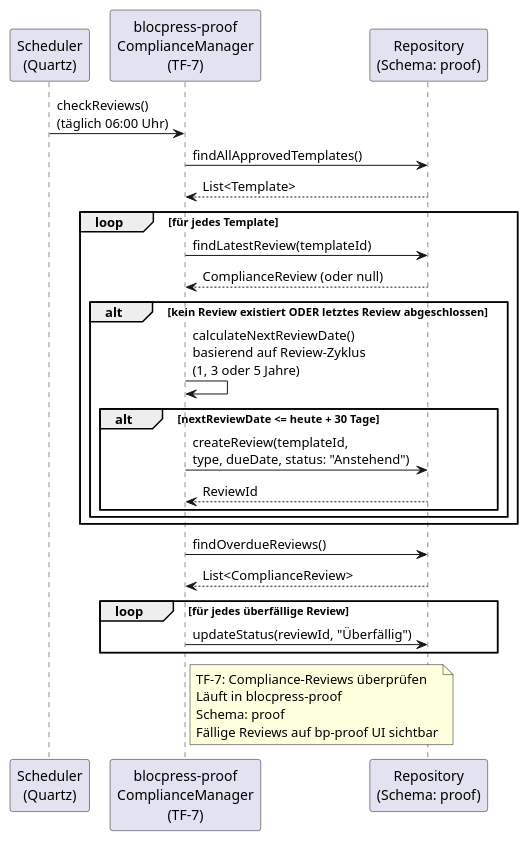
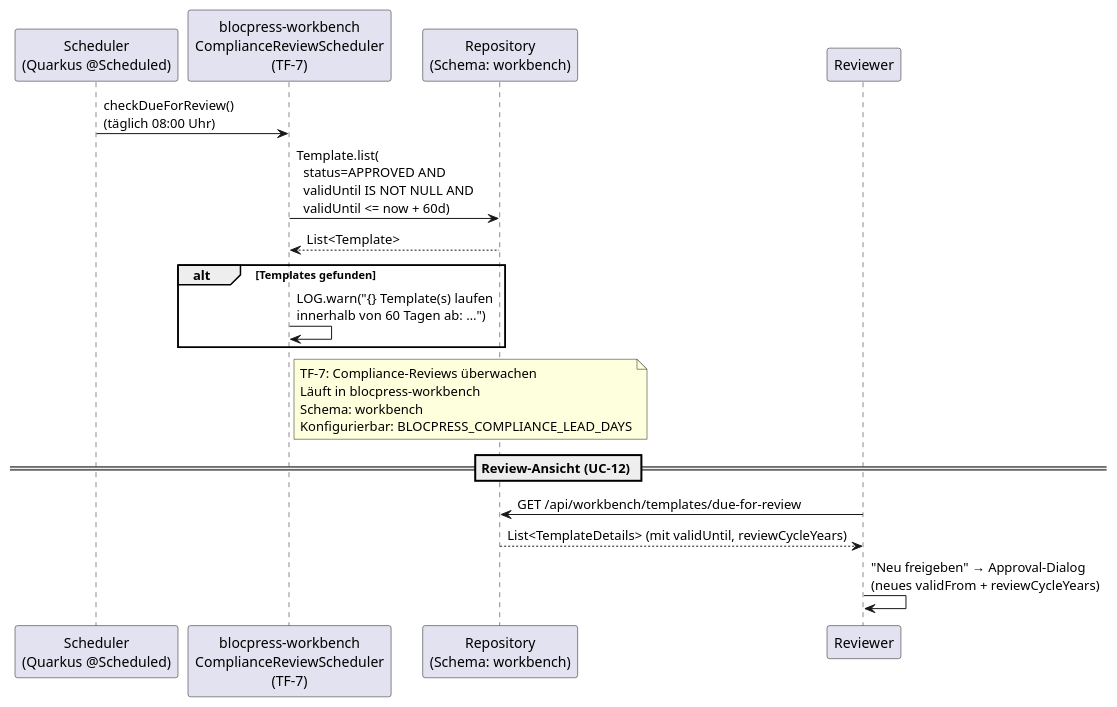
One commit to flaechsig/blocpress changed diagram 15 of 20 in docs/specification/arc42.adoc. Above: the diagram before and after it, drawn with PlantUML. The commit also changed other lines of this file and 15 other files, not shown here.

First line of the commit message:
feat(workbench): UC-12 Compliance-Review — Gültigkeitszeitraum & Sperrmechanismus

```diff
--- a/docs/specification/arc42.adoc
+++ b/docs/specification/arc42.adoc
@@ -1301,40 +1312,30 @@
 [plantuml, laufzeit-compliance-check, svg]
 ----
 @startuml
-participant "Scheduler\n(Quartz)" as Scheduler
-participant "blocpress-proof\nComplianceManager\n(TF-7)" as CM
-participant "Repository\n(Schema: proof)" as Repo
+participant "Scheduler\n(Quarkus @Scheduled)" as Scheduler
+participant "blocpress-workbench\nComplianceReviewScheduler\n(TF-7)" as CM
+participant "Repository\n(Schema: workbench)" as Repo
+participant "Reviewer" as R
 
-Scheduler -> CM : checkReviews()\n(täglich 06:00 Uhr)
-CM -> Repo : findAllApprovedTemplates()
+Scheduler -> CM : checkDueForReview()\n(täglich 08:00 Uhr)
+CM -> Repo : Template.list(\n  status=APPROVED AND\n  validUntil IS NOT NULL AND\n  validUntil <= now + 60d)
 Repo --> CM : List<Template>
 
-loop für jedes Template
-  CM -> Repo : findLatestReview(templateId)
-  Repo --> CM : ComplianceReview (oder null)
-
-  alt kein Review existiert ODER letztes Review abgeschlossen
-    CM -> CM : calculateNextReviewDate()\nbasierend auf Review-Zyklus\n(1, 3 oder 5 Jahre)
-
-    alt nextReviewDate <= heute + 30 Tage
-      CM -> Repo : createReview(templateId,\ntype, dueDate, status: "Anstehend")
-      Repo --> CM : ReviewId
-    end
-  end
-end
-
-CM -> Repo : findOverdueReviews()
-Repo --> CM : List<ComplianceReview>
-
-loop für jedes überfällige Review
-  CM -> Repo : updateStatus(reviewId, "Überfällig")
+alt Templates gefunden
+  CM -> CM : LOG.warn("{} Template(s) laufen\ninnerhalb von 60 Tagen ab: …")
 end
 
 note right of CM
-  TF-7: Compliance-Reviews überprüfen
-  Läuft in blocpress-proof
-  Schema: proof
-  Fällige Reviews auf bp-proof UI sichtbar
+  TF-7: Compliance-Reviews überwachen
+  Läuft in blocpress-workbench
+  Schema: workbench
+  Konfigurierbar: BLOCPRESS_COMPLIANCE_LEAD_DAYS
 end note
+
+== Review-Ansicht (UC-12) ==
+
+R -> Repo : GET /api/workbench/templates/due-for-review
+Repo --> R : List<TemplateDetails> (mit validUntil, reviewCycleYears)
+R -> R : "Neu freigeben" → Approval-Dialog\n(neues validFrom + reviewCycleYears)
 @enduml
 ----
```
